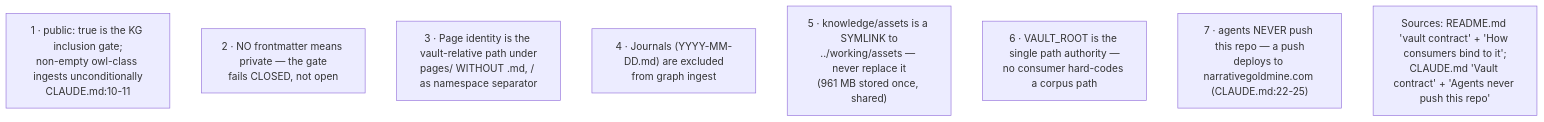
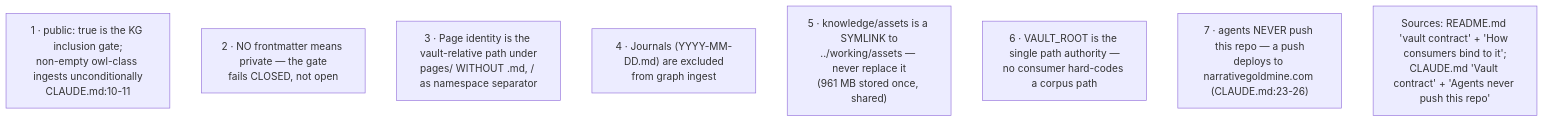
Before and after one commit to DreamLab-AI/VisionFlow: the first of 4 diagrams in docs/diagrams/visiongraph/05-invariants-register.md, drawn with Mermaid. The commit also changed other lines of this file and 136 other files, not shown here.

First line of the commit message:
docs(diagrams): refresh the whole corpus to code HEAD and prune low-value diagrams

````diff
--- a/docs/diagrams/visiongraph/05-invariants-register.md
+++ b/docs/diagrams/visiongraph/05-invariants-register.md
@@ -19,11 +19,11 @@
 ```mermaid
 flowchart TB
     I1["1 · public: true is the KG inclusion gate;<br/>non-empty owl-class ingests unconditionally<br/>CLAUDE.md:10-11"]
     I2["2 · NO frontmatter means private — the gate<br/>fails CLOSED, not open"]
     I3["3 · Page identity is the vault-relative path under<br/>pages/ WITHOUT .md, / as namespace separator"]
     I4["4 · Journals #40;YYYY-MM-DD.md#41; are excluded<br/>from graph ingest"]
     I5["5 · knowledge/assets is a SYMLINK to<br/>../working/assets — never replace it<br/>#40;961 MB stored once, shared#41;"]
     I6["6 · VAULT_ROOT is the single path authority —<br/>no consumer hard-codes a corpus path"]
-    I7["7 · agents NEVER push this repo — a push<br/>deploys to narrativegoldmine.com #40;CLAUDE.md:22-25#41;"]
+    I7["7 · agents NEVER push this repo — a push<br/>deploys to narrativegoldmine.com #40;CLAUDE.md:23-26#41;"]
     note1["Sources: README.md 'vault contract' + 'How consumers bind to it';<br/>CLAUDE.md 'Vault contract' + 'Agents never push this repo'"]
 ```
````
